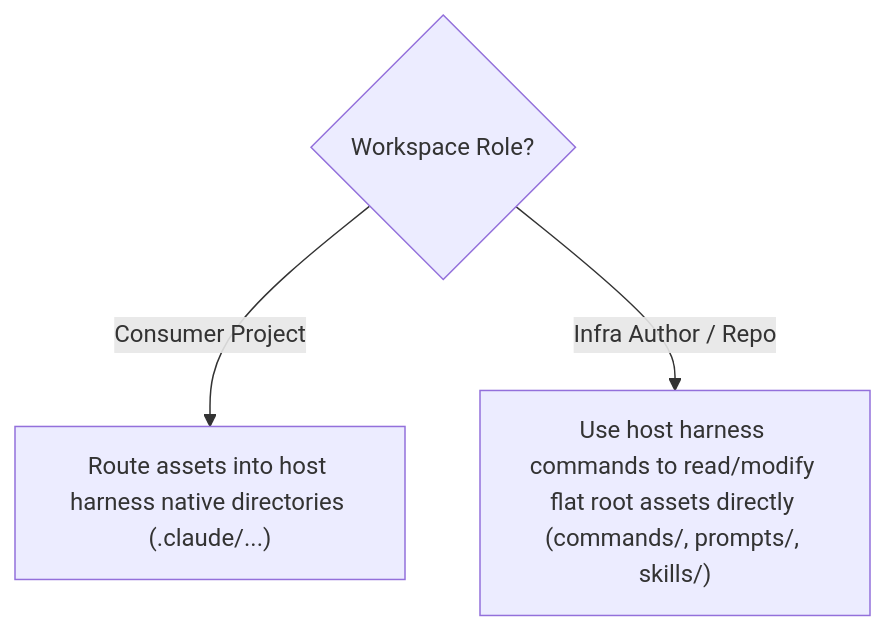
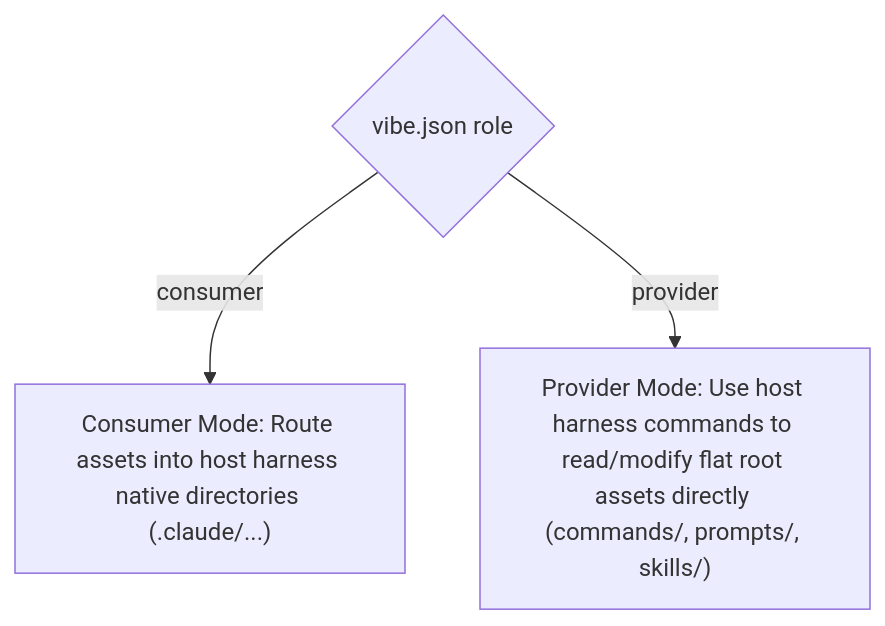
Before and after one commit to seho-dev/vibe-infra: the second of 4 diagrams in prompts/shared-concepts.md, drawn with Mermaid. The commit also changed other lines of this file and 7 other files, not shown here.

Commit message:
feat(spec): differentiate consumer and provider roles in schema, manifests, and onboarding prompts

````diff
--- a/prompts/shared-concepts.md
+++ b/prompts/shared-concepts.md
@@ -54,6 +59,6 @@
 ```mermaid
 flowchart TD
-    Mode{"Workspace Role?"}
-    Mode -- "Consumer Project" --> C1["Route assets into host harness native directories (.claude/...)"]
-    Mode -- "Infra Author / Repo" --> C2["Use host harness commands to read/modify flat root assets directly (commands/, prompts/, skills/)"]
+    Mode{"vibe.json role"}
+    Mode -- "consumer" --> C1["Consumer Mode: Route assets into host harness native directories (.claude/...)"]
+    Mode -- "provider" --> C2["Provider Mode: Use host harness commands to read/modify flat root assets directly (commands/, prompts/, skills/)"]
 ```
````
